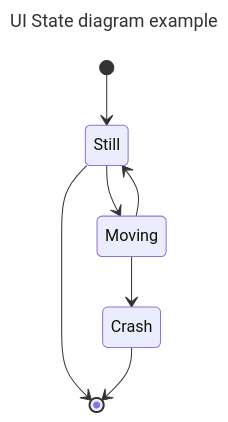
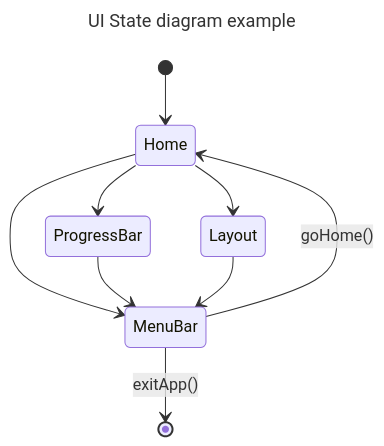
Before and after one commit to ssarl2/cpp-practice: the second of 2 diagrams in qt_ws/README.md, drawn with Mermaid.

Commit message:
Update the state diagram

````diff
--- a/qt_ws/README.md
+++ b/qt_ws/README.md
@@ -132,13 +132,14 @@
 ```mermaid
 ---
 title: UI State diagram example
 ---
 stateDiagram-v2
-    [*] --> Still
-    Still --> [*]
-
-    Still --> Moving
-    Moving --> Still
-    Moving --> Crash
-    Crash --> [*]
+    [*] --> Home
+    Home --> MenuBar
+    Home --> ProgressBar
+    Home --> Layout
+    ProgressBar --> MenuBar
+    Layout --> MenuBar
+    MenuBar --> Home: goHome()
+    MenuBar --> [*]: exitApp()
 ```
````
